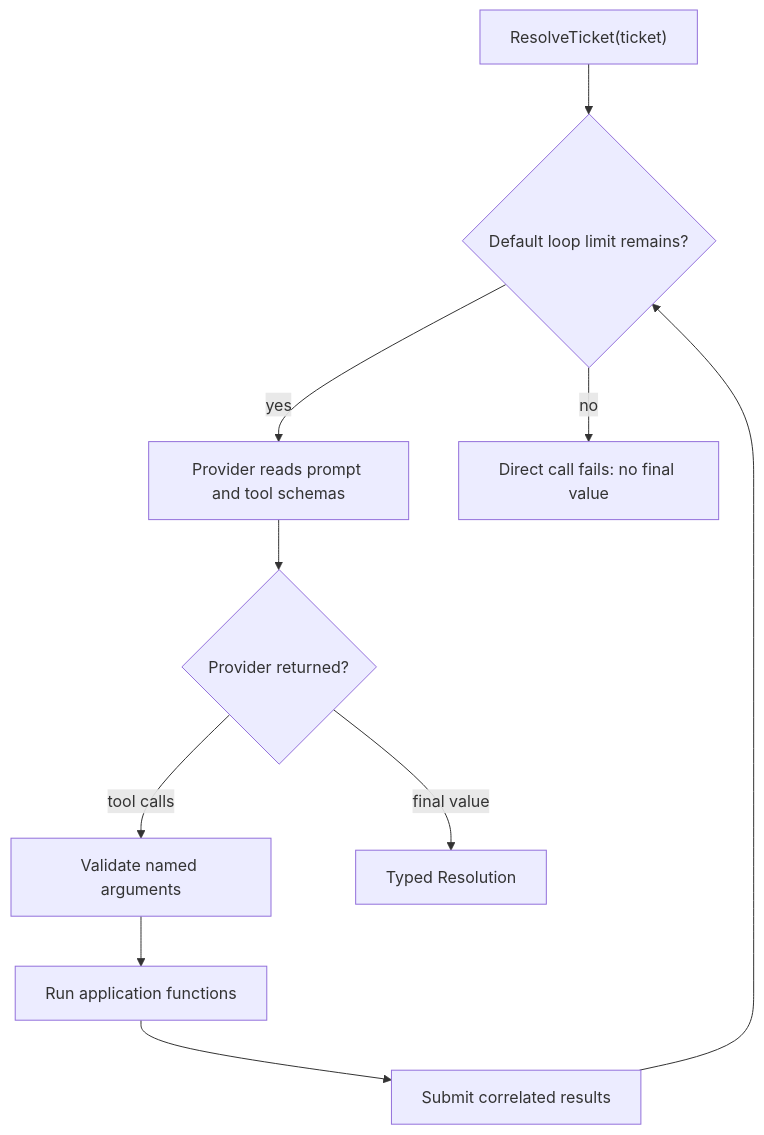
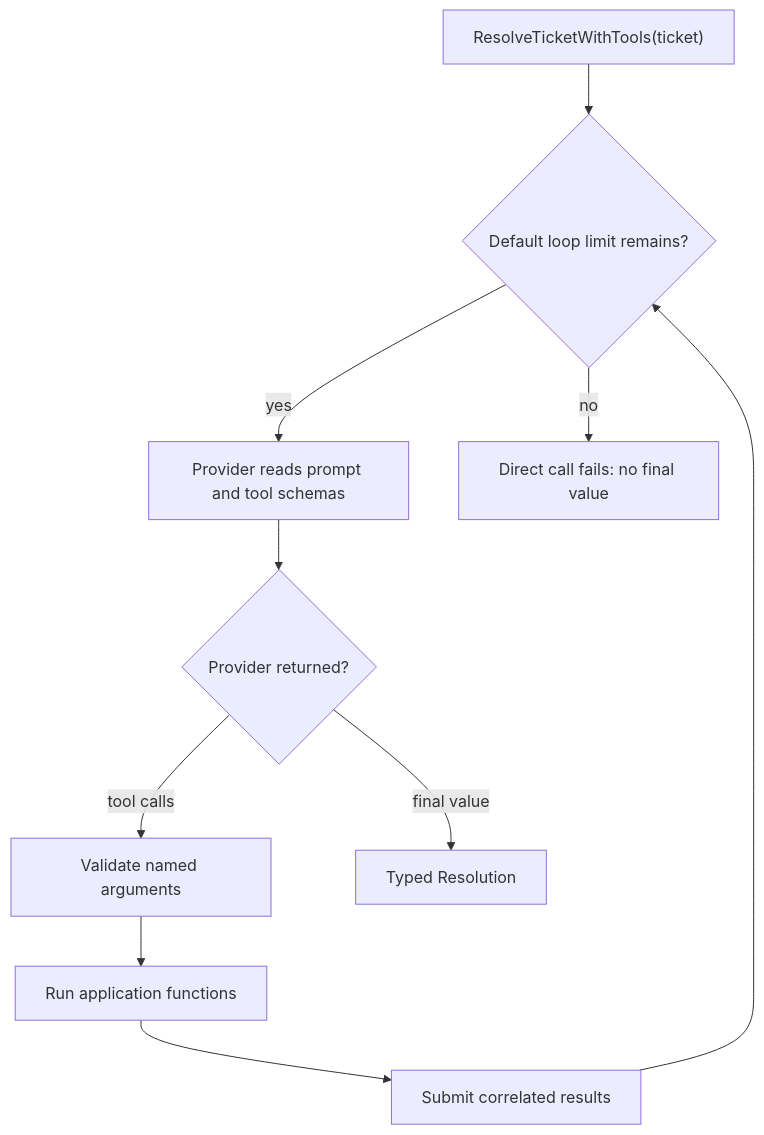
One commit to BoundaryML/baml changed the first of 2 diagrams in baml_language/_plan/bepv4/pages/agents-and-tools.md. Above: the diagram before and after it, drawn with Mermaid. The commit also changed other lines of this file and 229 other files, not shown here.

````diff
--- a/baml_language/_plan/bepv4/pages/agents-and-tools.md
+++ b/baml_language/_plan/bepv4/pages/agents-and-tools.md
@@ -59,12 +69,12 @@
 ```mermaid
 flowchart TD
-  call["ResolveTicket(ticket)"] --> budget{"Default loop limit remains?"}
+  call["ResolveTicketWithTools(ticket)"] --> budget{"Default loop limit remains?"}
   budget -->|yes| model["Provider reads prompt and tool schemas"]
   model --> result{"Provider returned?"}
   result -->|tool calls| validate["Validate named arguments"]
   validate --> tool["Run application functions"]
   tool --> submit["Submit correlated results"]
   submit --> budget
   result -->|final value| done["Typed Resolution"]
   budget -->|no| error["Direct call fails: no final value"]
 ```
````
